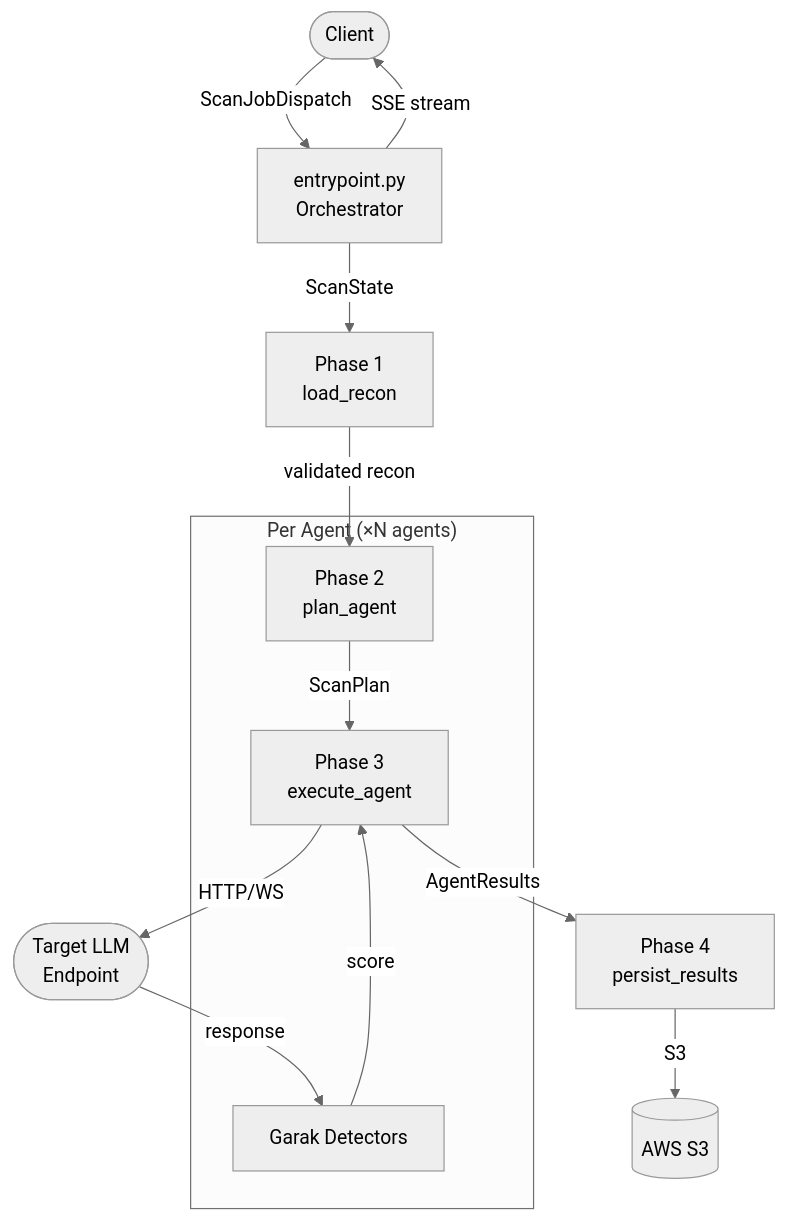
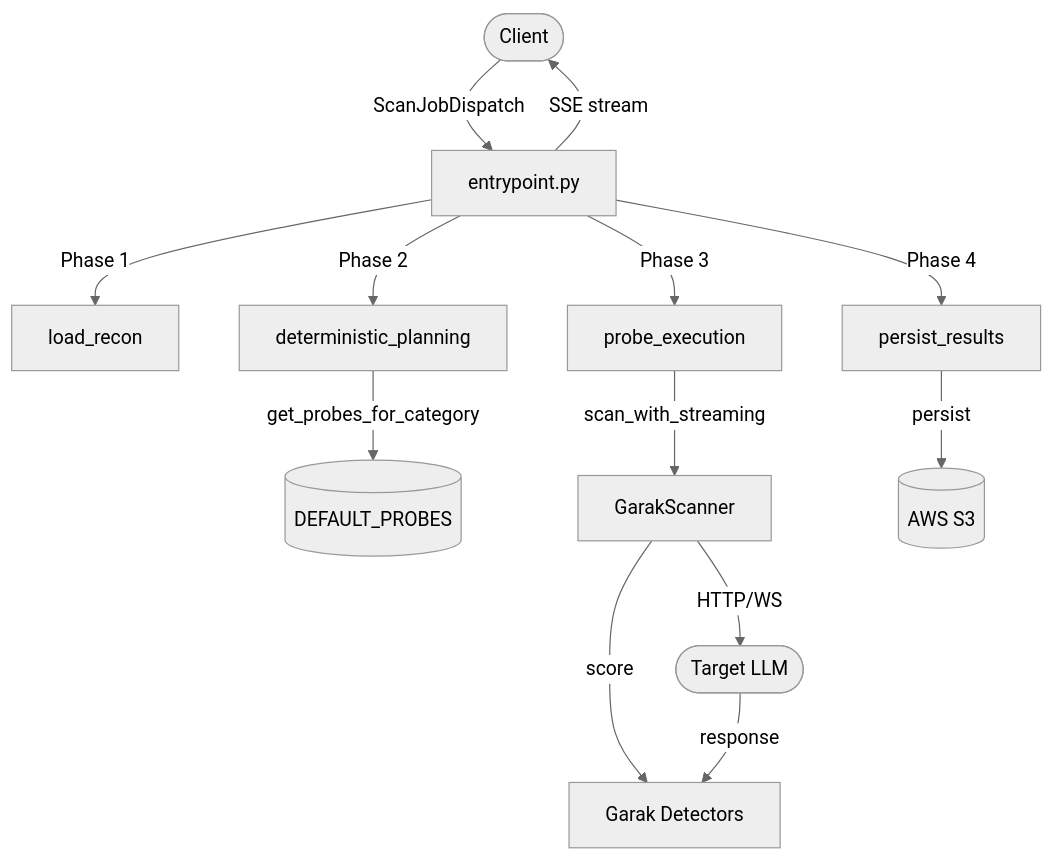
Before and after one commit to h19overflow/ASPEXA_AUTOMA: the first of 2 diagrams in services/swarm/README.md, drawn with Mermaid (neutral theme). The commit also changed other lines of this file and 18 other files, not shown here.

First line of the commit message:
Refactor Swarm Service: Update architecture and event handling

````diff
--- a/services/swarm/README.md
+++ b/services/swarm/README.md
@@ -41,19 +42,17 @@
 ```mermaid
 flowchart TD
-    Client([Client]) -->|ScanJobDispatch| EP[entrypoint.py\nOrchestrator]
-    EP -->|ScanState| P1[Phase 1\nload_recon]
-    P1 -->|validated recon| P2[Phase 2\nplan_agent]
-    P2 -->|ScanPlan| P3[Phase 3\nexecute_agent]
-    P3 -->|AgentResults| P4[Phase 4\npersist_results]
-    P4 -->|S3| S3[(AWS S3)]
-    P3 -->|HTTP/WS| Target([Target LLM\nEndpoint])
-    Target -->|response| DET[Garak Detectors]
-    DET -->|score| P3
+    Client([Client]) -->|ScanJobDispatch| EP[entrypoint.py]
+    EP -->|Phase 1| LR[load_recon]
+    EP -->|Phase 2| DP[deterministic_planning]
+    EP -->|Phase 3| PE[probe_execution]
+    EP -->|Phase 4| PR[persist_results]
+
+    DP -->|get_probes_for_category| CFG[(DEFAULT_PROBES)]
+    PE -->|scan_with_streaming| SC[GarakScanner]
+    SC -->|HTTP/WS| Target([Target LLM])
+    SC -->|score| DET[Garak Detectors]
+    Target -->|response| DET
+    PR -->|persist| S3[(AWS S3)]
+
     EP -->|SSE stream| Client
-
-    subgraph Probes["Per Agent (×N agents)"]
-        P2
-        P3
-        DET
-    end
 ```
````
